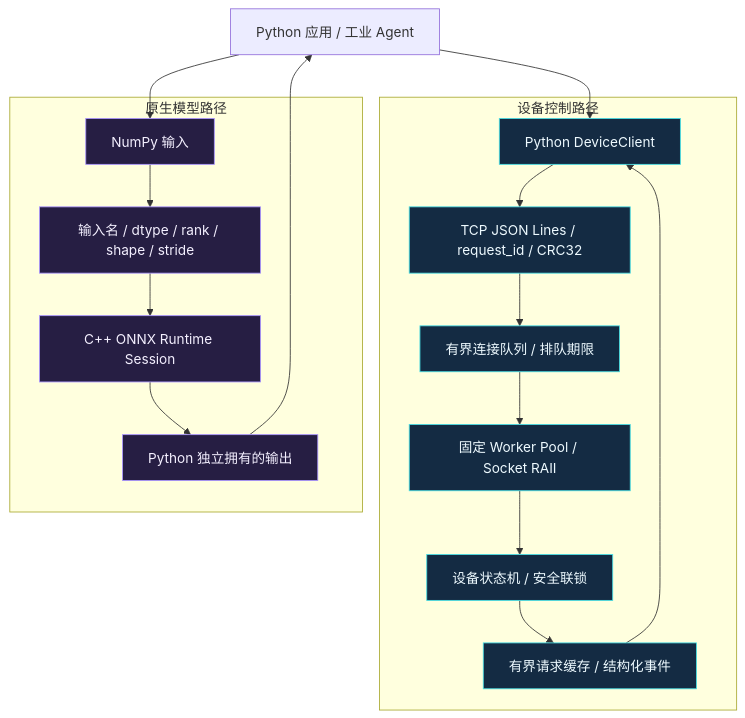
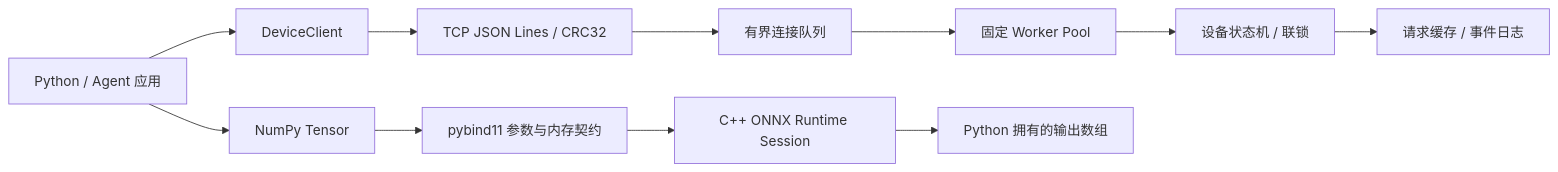
The diagram in README.md (KristenYue/edge-device-verification-lab), drawn with Mermaid before and after one commit. The commit also changed other lines of this file and 24 other files, not shown here.

````diff
--- a/README.md
+++ b/README.md
@@ -44,40 +21,13 @@
 ```mermaid
-flowchart TB
-    A["Python 应用 / 工业 Agent"]
-
-    subgraph DEVICE["设备控制路径"]
-        C["Python DeviceClient"]
-        T["TCP JSON Lines / request_id / CRC32"]
-        Q["有界连接队列 / 排队期限"]
-        W["固定 Worker Pool / Socket RAII"]
-        D["设备状态机 / 安全联锁"]
-        L["有界请求缓存 / 结构化事件"]
-    end
-
-    subgraph MODEL["原生模型路径"]
-        N["NumPy 输入"]
-        V["输入名 / dtype / rank / shape / stride"]
-        S["C++ ONNX Runtime Session"]
-        O["Python 独立拥有的输出"]
-    end
-
-    A --> C
-    C --> T
-    T --> Q
-    Q --> W
-    W --> D
-    D --> L
-    L --> C
-
-    A --> N
-    N --> V
-    V --> S
-    S --> O
-    O --> A
-
-    classDef device fill:#142b43,stroke:#46dfe5,color:#eefaff;
-    classDef model fill:#261e43,stroke:#aa95ff,color:#f4f0ff;
-
-    class C,T,Q,W,D,L device;
-    class N,V,S,O model;
+flowchart LR
+    A[Python / Agent 应用] --> C[DeviceClient]
+    C --> T[TCP JSON Lines / CRC32]
+    T --> Q[有界连接队列]
+    Q --> W[固定 Worker Pool]
+    W --> D[设备状态机 / 联锁]
+    D --> I[请求缓存 / 事件日志]
+    A --> N[NumPy Tensor]
+    N --> B[pybind11 参数与内存契约]
+    B --> O[C++ ONNX Runtime Session]
+    O --> E[Python 拥有的输出数组]
 ```
````
